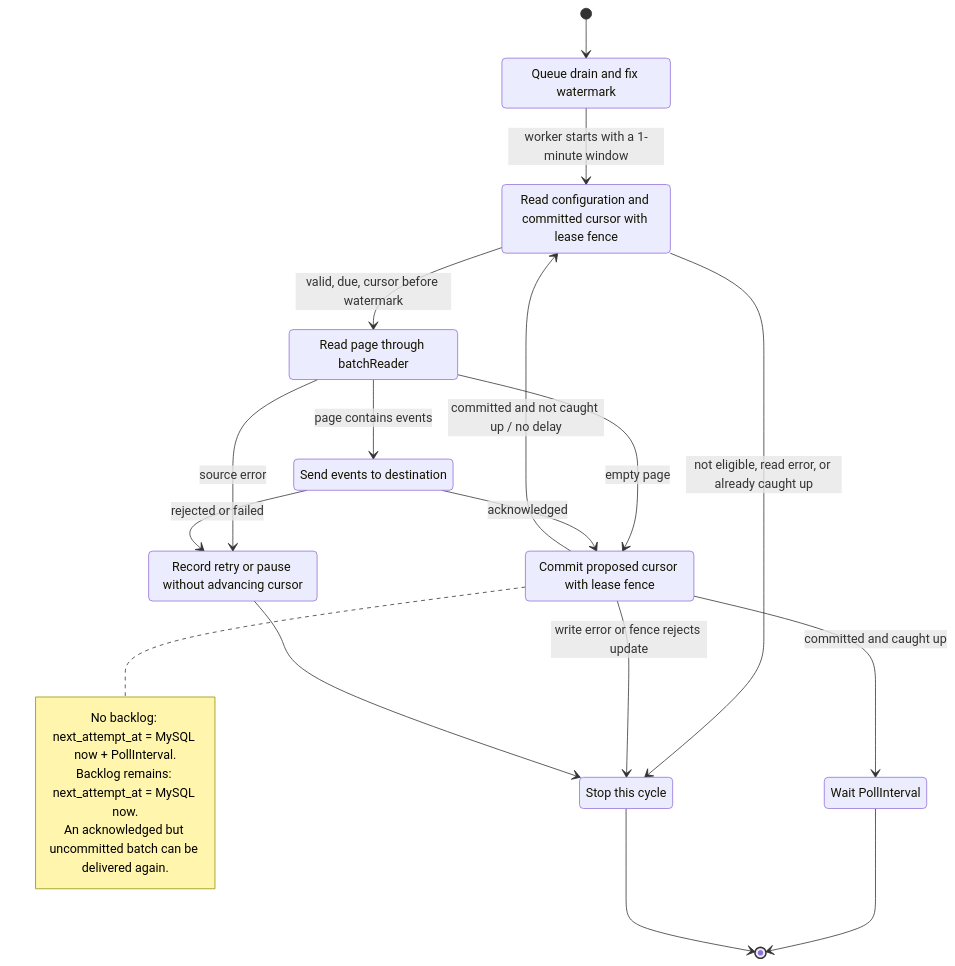
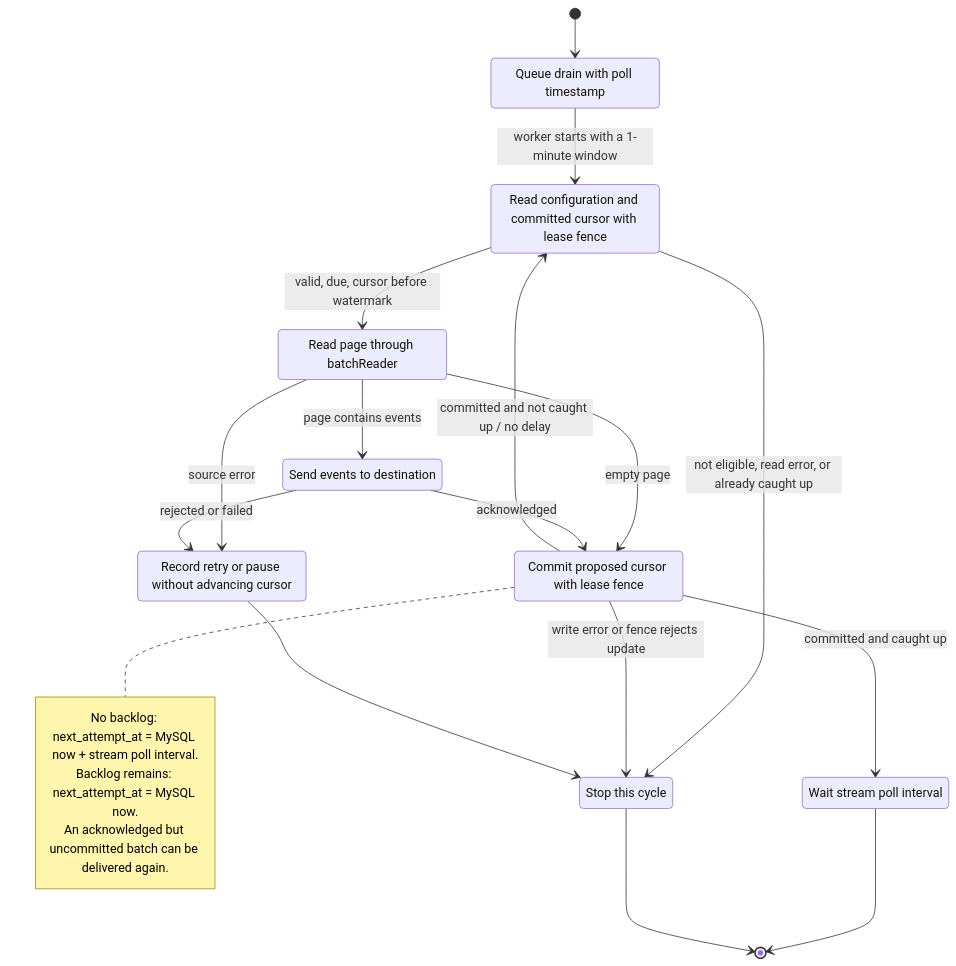
One commit to unkeyed/unkey changed the first of 2 diagrams in docs/engineering/architecture/services/logdrain/overview.mdx. Above: the diagram before and after it, drawn with Mermaid. The commit also changed other lines of this file and 6 other files, not shown here.

````diff
--- a/docs/engineering/architecture/services/logdrain/overview.mdx
+++ b/docs/engineering/architecture/services/logdrain/overview.mdx
@@ -88,33 +88,33 @@
 ```mermaid
 stateDiagram-v2
-    state "Queue drain and fix watermark" as Queued
+    state "Queue drain with poll timestamp" as Queued
     state "Read configuration and committed cursor with lease fence" as CheckLease
     state "Read page through batchReader" as ReadPage
     state "Send events to destination" as Deliver
     state "Commit proposed cursor with lease fence" as Commit
-    state "Wait PollInterval" as Wait
+    state "Wait stream poll interval" as Wait
     state "Record retry or pause without advancing cursor" as Failure
     state "Stop this cycle" as Stop
 
     [*] --> Queued
     Queued --> CheckLease: worker starts with a 1-minute window
     CheckLease --> ReadPage: valid, due, cursor before watermark
     CheckLease --> Stop: not eligible, read error, or already caught up
     ReadPage --> Deliver: page contains events
     ReadPage --> Commit: empty page
     ReadPage --> Failure: source error
     Deliver --> Commit: acknowledged
     Deliver --> Failure: rejected or failed
     Commit --> CheckLease: committed and not caught up / no delay
     Commit --> Wait: committed and caught up
     Commit --> Stop: write error or fence rejects update
     Failure --> Stop
     Wait --> [*]
     Stop --> [*]
 
     note right of Commit
-        No backlog: next_attempt_at = MySQL now + PollInterval.
+        No backlog: next_attempt_at = MySQL now + stream poll interval.
         Backlog remains: next_attempt_at = MySQL now.
         An acknowledged but uncommitted batch can be delivered again.
     end note
 ```
````
